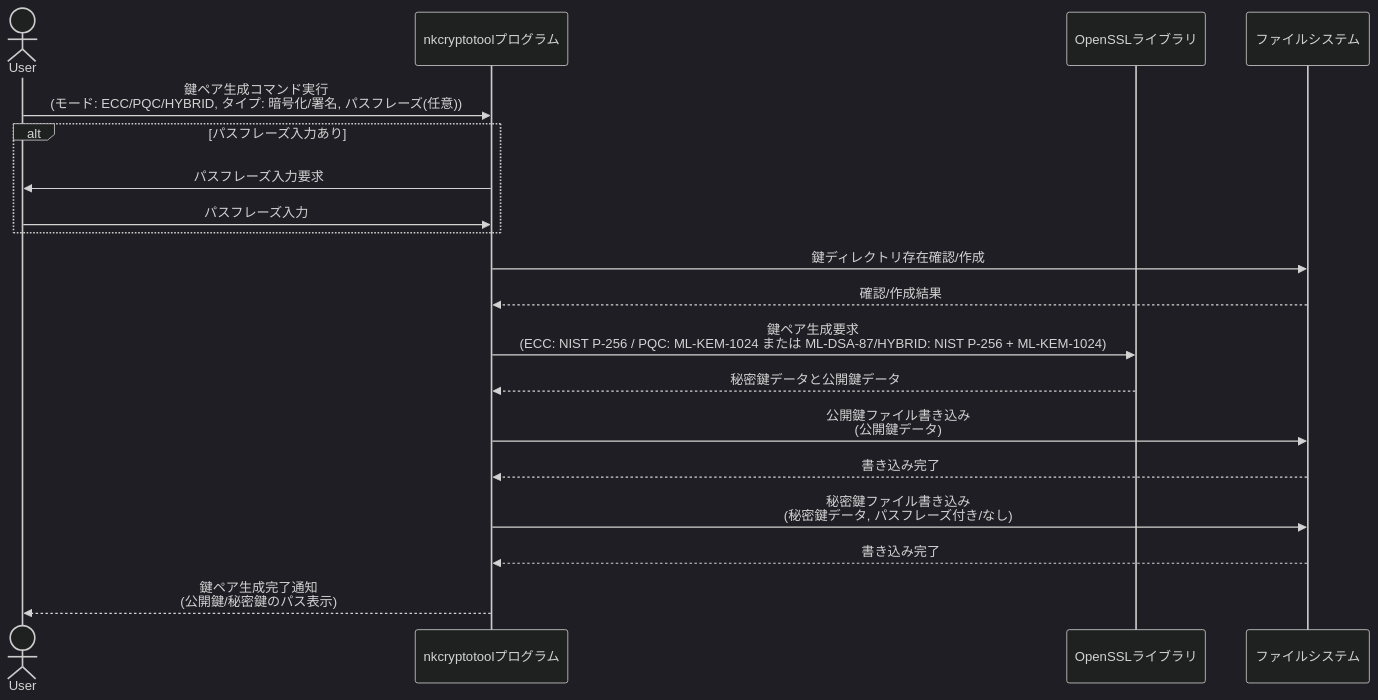
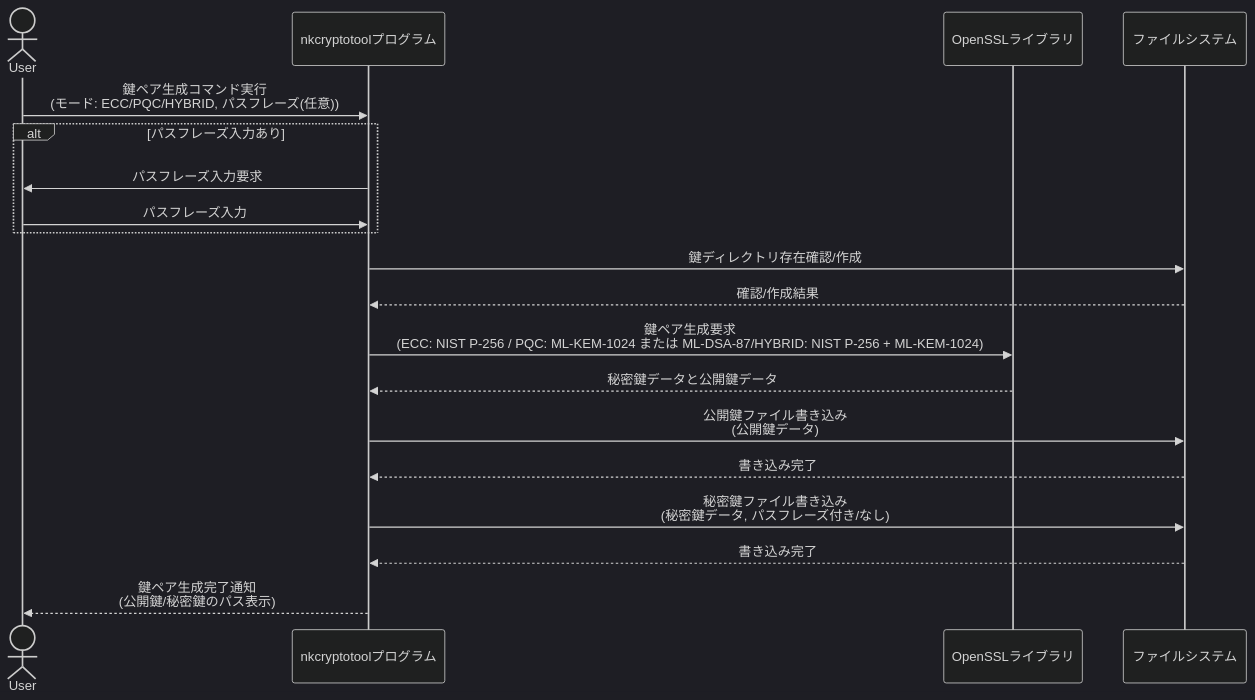
One commit to nkoriyama/nkCryptoTool changed the first of 6 diagrams in README.md. Above: the diagram before and after it, drawn with Mermaid (dark theme).

Commit message:
ダイアグラム修正

````diff
--- a/README.md
+++ b/README.md
@@ -275,22 +275,22 @@
 ```mermaid
 sequenceDiagram
     actor User
     participant nkcryptotool as nkcryptotoolプログラム
     participant OpenSSL as OpenSSLライブラリ
     participant FileSystem as ファイルシステム
 
-    User->>nkcryptotool: 鍵ペア生成コマンド実行<br>(モード: ECC/PQC/HYBRID, タイプ: 暗号化/署名, パスフレーズ(任意))
+    User->>nkcryptotool: 鍵ペア生成コマンド実行<br>(モード: ECC/PQC/HYBRID, パスフレーズ(任意))
     alt パスフレーズ入力あり
         nkcryptotool->>User: パスフレーズ入力要求
         User->>nkcryptotool: パスフレーズ入力
     end
     nkcryptotool->>FileSystem: 鍵ディレクトリ存在確認/作成
     FileSystem-->>nkcryptotool: 確認/作成結果
     nkcryptotool->>OpenSSL: 鍵ペア生成要求<br>(ECC: NIST P-256 / PQC: ML-KEM-1024 または ML-DSA-87/HYBRID: NIST P-256 + ML-KEM-1024)
     OpenSSL-->>nkcryptotool: 秘密鍵データと公開鍵データ
     nkcryptotool->>FileSystem: 公開鍵ファイル書き込み<br>(公開鍵データ)
     FileSystem-->>nkcryptotool: 書き込み完了
     nkcryptotool->>FileSystem: 秘密鍵ファイル書き込み<br>(秘密鍵データ, パスフレーズ付き/なし)
     FileSystem-->>nkcryptotool: 書き込み完了
     nkcryptotool-->>User: 鍵ペア生成完了通知<br>(公開鍵/秘密鍵のパス表示)
 ```
````
